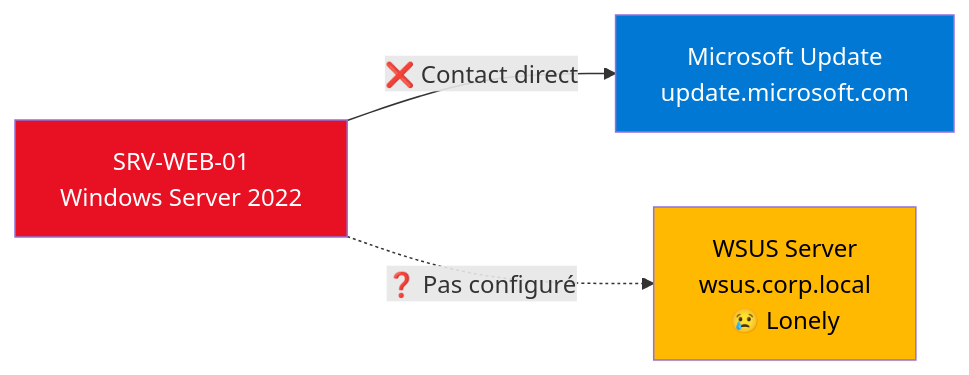
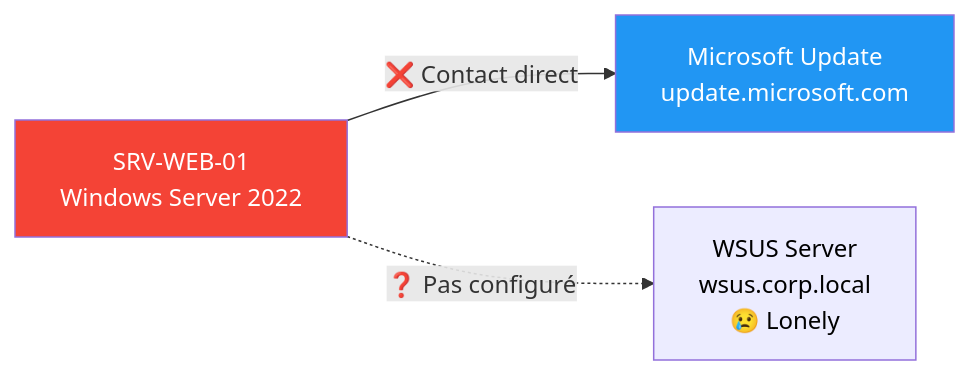
The first of 3 diagrams in docs/formations/windows-patching/03-module.md (VBlackJack/ShellBook), drawn with Mermaid before and after one commit. The commit also changed other lines of this file and 337 other files, not shown here.

First line of the commit message:
refactor(docs): Standardize code blocks and Mermaid colors

````diff
--- a/docs/formations/windows-patching/03-module.md
+++ b/docs/formations/windows-patching/03-module.md
@@ -31,13 +31,13 @@
 ```mermaid
 flowchart LR
     SRV[SRV-WEB-01<br/>Windows Server 2022]
     MS[Microsoft Update<br/>update.microsoft.com]
     WSUS[WSUS Server<br/>wsus.corp.local<br/>😢 Lonely]
 
     SRV -->|❌ Contact direct| MS
     SRV -.->|❓ Pas configuré| WSUS
 
-    style MS fill:#0078D4,color:#fff
-    style WSUS fill:#FFB900,color:#000
-    style SRV fill:#E81123,color:#fff
+    style MS fill:#2196F3,color:#fff
+    style WSUS fill:#FF9800800800,color:#000
+    style SRV fill:#f44336,color:#fff
 ```
````
